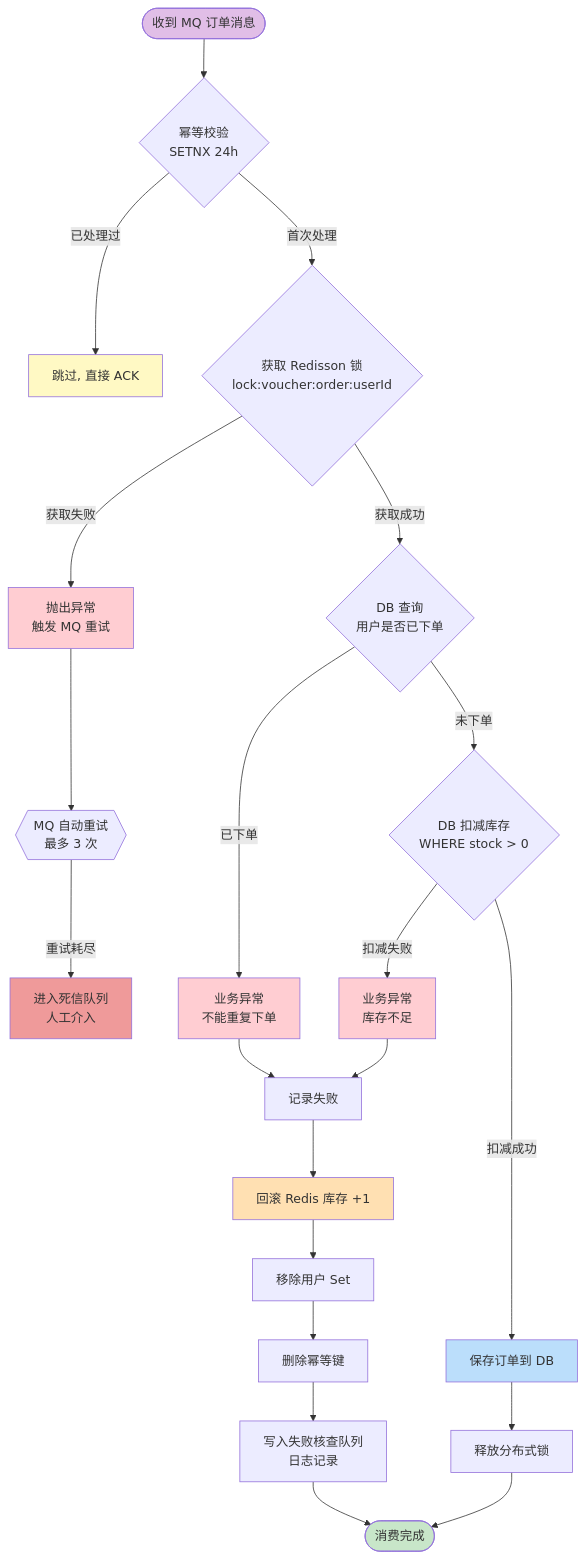
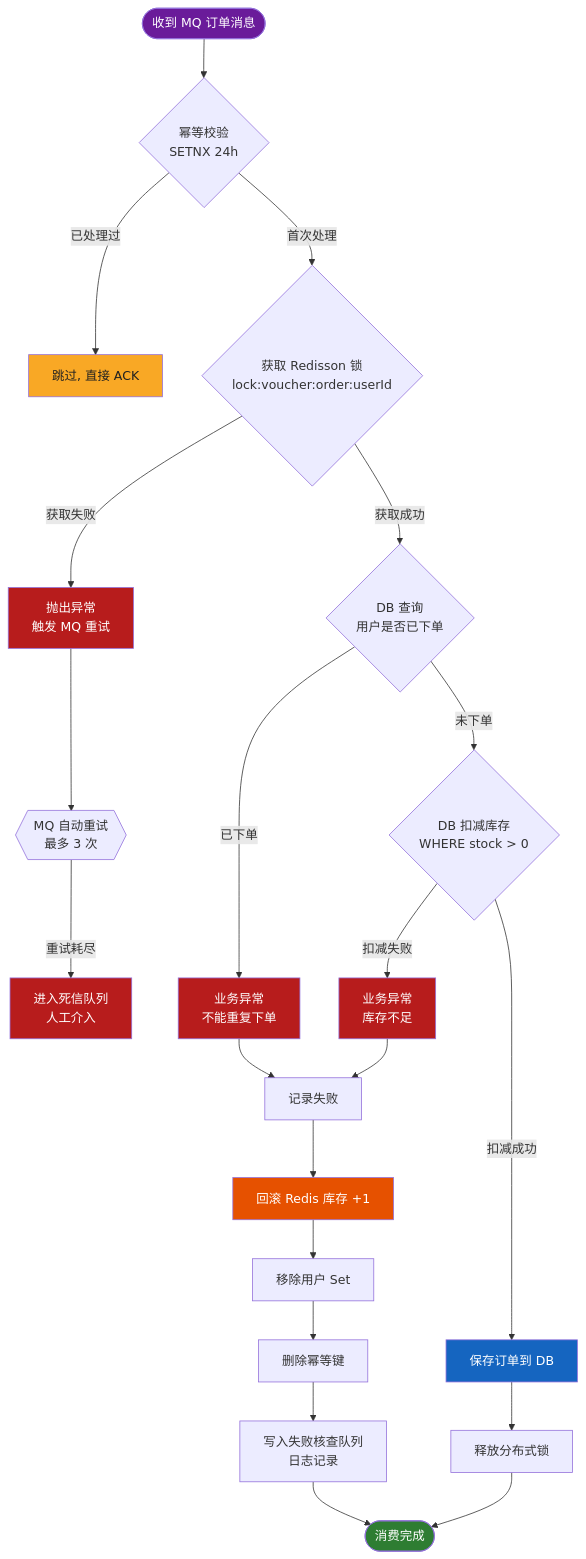
The third of 3 diagrams in README.md (Shardkiht/FlashDeal), drawn with Mermaid before and after one commit. The commit also changed other lines of this file, not shown here.

First line of the commit message:
style(docs): 更新 README.md 中的流程图样式配置

````diff
--- a/README.md
+++ b/README.md
@@ -176,38 +176,38 @@
 ```mermaid
 flowchart TD
     MSG([收到 MQ 订单消息]) --> IDEM{幂等校验<br/>SETNX 24h}
     IDEM -->|已处理过| SKIP[跳过, 直接 ACK]
     IDEM -->|首次处理| LOCK{获取 Redisson 锁<br/>lock:voucher:order:userId}
 
     LOCK -->|获取失败| THROW1[抛出异常<br/>触发 MQ 重试]
     LOCK -->|获取成功| DBCHECK{DB 查询<br/>用户是否已下单}
 
     DBCHECK -->|已下单| BIZEX[业务异常<br/>不能重复下单]
     DBCHECK -->|未下单| DBSTOCK{DB 扣减库存<br/>WHERE stock > 0}
 
     DBSTOCK -->|扣减失败| BIZEX2[业务异常<br/>库存不足]
     DBSTOCK -->|扣减成功| SAVE[保存订单到 DB]
     SAVE --> UNLOCK[释放分布式锁]
     UNLOCK --> DONE([消费完成])
 
     BIZEX --> RECORD[记录失败]
     BIZEX2 --> RECORD
     RECORD --> RBSTOCK[回滚 Redis 库存 +1]
     RBSTOCK --> RBUSER[移除用户 Set]
     RBUSER --> DELIDEM[删除幂等键]
     DELIDEM --> LOG[写入失败核查队列<br/>日志记录]
     LOG --> DONE
 
     THROW1 --> RETRY{{MQ 自动重试<br/>最多 3 次}}
     RETRY -->|重试耗尽| DLQ[进入死信队列<br/>人工介入]
 
-    style MSG fill:#e1bee7
-    style DONE fill:#c8e6c9
-    style SKIP fill:#fff9c4
-    style BIZEX fill:#ffcdd2
-    style BIZEX2 fill:#ffcdd2
-    style THROW1 fill:#ffcdd2
-    style DLQ fill:#ef9a9a
-    style RBSTOCK fill:#ffe0b2
-    style SAVE fill:#bbdefb
+    style MSG fill:#6a1b9a,color:#fff
+    style DONE fill:#2e7d32,color:#fff
+    style SKIP fill:#f9a825,color:#212121
+    style BIZEX fill:#b71c1c,color:#fff
+    style BIZEX2 fill:#b71c1c,color:#fff
+    style THROW1 fill:#b71c1c,color:#fff
+    style DLQ fill:#b71c1c,color:#fff
+    style RBSTOCK fill:#e65100,color:#fff
+    style SAVE fill:#1565c0,color:#fff
 ```
````
